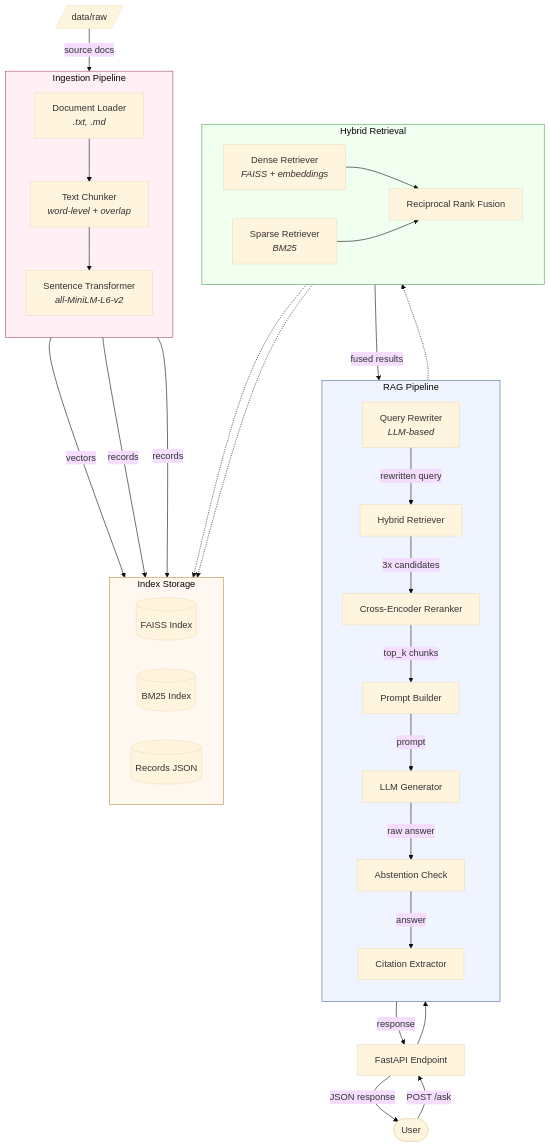
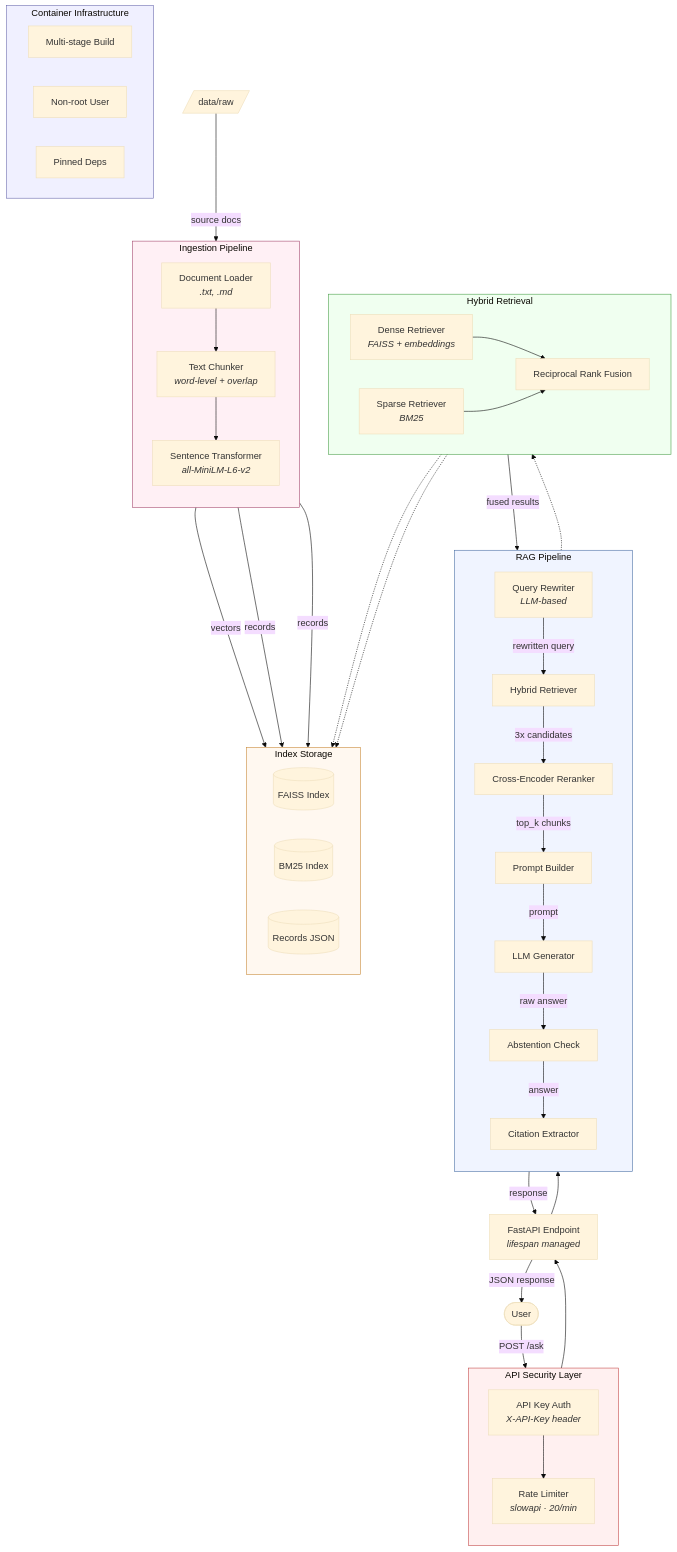
One commit to prabhaharanv/production-hybrid-rag changed the diagram in docs/architecture.md. Above: the diagram before and after it, drawn with Mermaid (base theme). The commit also changed 9 other files, not shown here.

First line of the commit message:
feat: production hardening — auth, rate limiting, pinned deps, tests

````diff
--- a/docs/architecture.md
+++ b/docs/architecture.md
@@ -1,6 +1,15 @@
 ```mermaid
 flowchart TD
-    User([User]) -->|POST /ask| API[FastAPI Endpoint]
+    User([User]) -->|POST /ask| AUTH
+
+    subgraph Security["API Security Layer"]
+        direction TB
+        AUTH[API Key Auth<br/><i>X-API-Key header</i>]
+        RL[Rate Limiter<br/><i>slowapi · 20/min</i>]
+        AUTH --> RL
+    end
+
+    RL --> API[FastAPI Endpoint<br/><i>lifespan managed</i>]
 
     subgraph Pipeline["RAG Pipeline"]
         direction TB
@@ -44,6 +53,13 @@
         LOADER --> CHUNKER --> EMBEDDER
     end
 
+    subgraph Docker["Container Infrastructure"]
+        direction LR
+        MS[Multi-stage Build]
+        NR[Non-root User]
+        PIN[Pinned Deps]
+    end
+
     API --> QR
     CE -->|response| API
     API -->|JSON response| User
@@ -60,8 +76,10 @@
 
     RAW[/data/raw/] -->|source docs| LOADER
 
+    style Security fill:#fff0f0,stroke:#c44a4a
     style Pipeline fill:#f0f4ff,stroke:#4a6fa5
     style Retrieval fill:#f0fff0,stroke:#4a9f4a
     style Storage fill:#fff8f0,stroke:#c88a3a
     style Ingestion fill:#fff0f5,stroke:#a54a6f
+    style Docker fill:#f0f0ff,stroke:#6a6aaf
 ```
````
